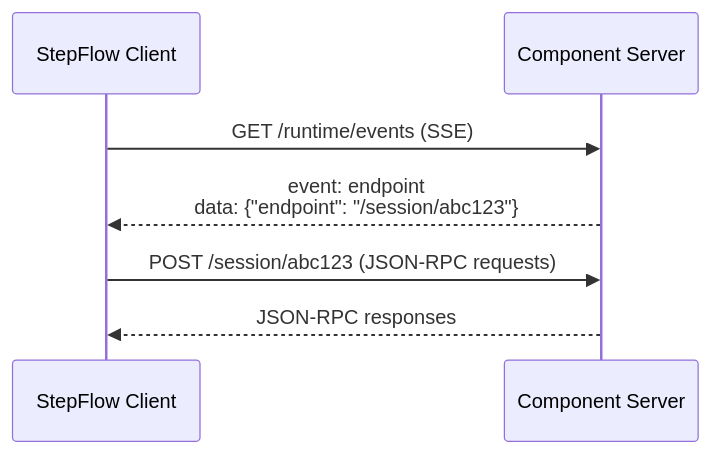
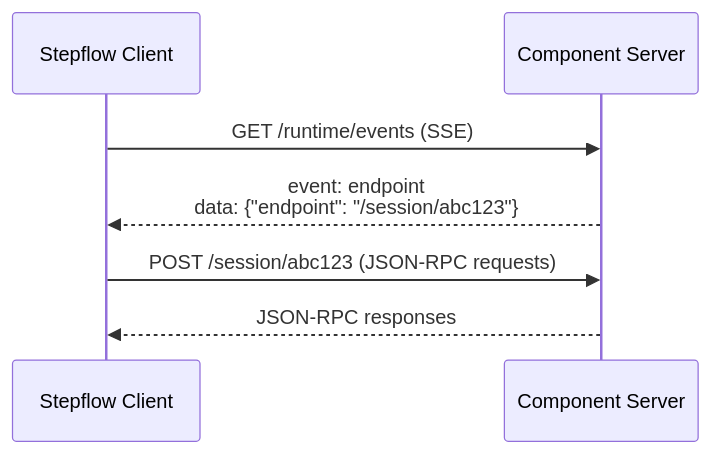
Before and after one commit to stepflow-ai/stepflow: the second of 2 diagrams in docs/docs/protocol/transport.mdx, drawn with Mermaid. The commit also changed other lines of this file and 162 other files, not shown here.

````diff
--- a/docs/docs/protocol/transport.mdx
+++ b/docs/docs/protocol/transport.mdx
@@ -124,10 +124,10 @@
 ```mermaid
 sequenceDiagram
-    participant C as StepFlow Client
+    participant C as Stepflow Client
     participant S as Component Server
 
     C->>S: GET /runtime/events (SSE)
     S-->>C: event: endpoint<br/>data: {"endpoint": "/session/abc123"}
     C->>S: POST /session/abc123 (JSON-RPC requests)
     S-->>C: JSON-RPC responses
 ```
````
